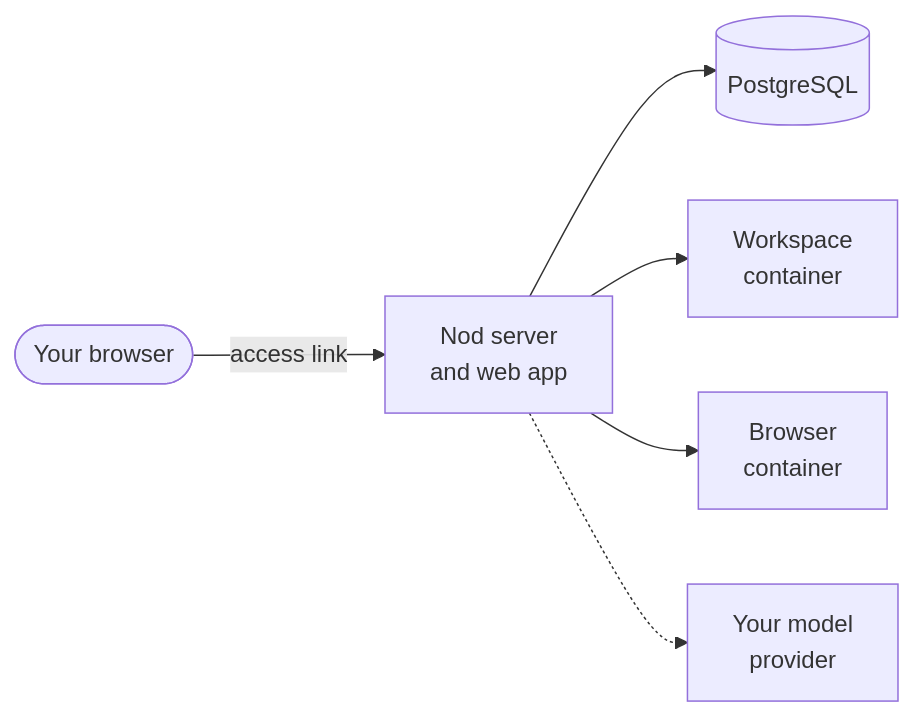
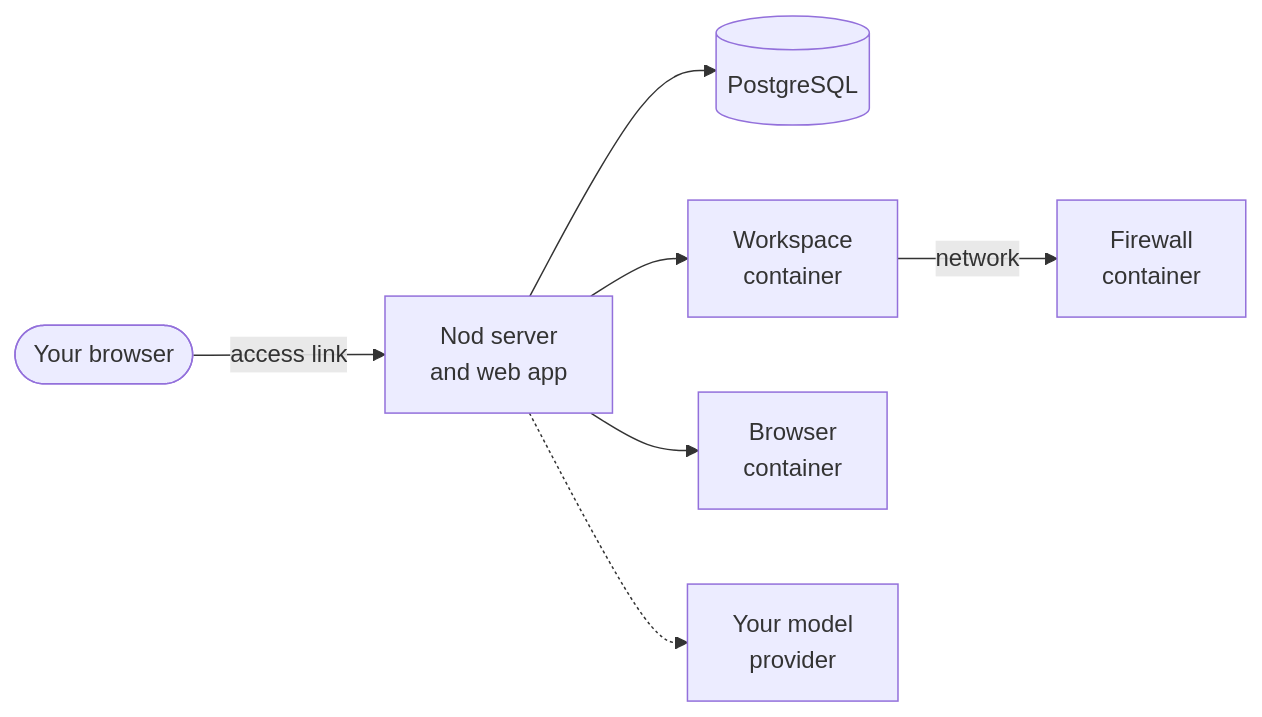
Before and after one commit to KrishBhimani/nod: the diagram in docs/src/content/docs/get-started/install-from-source.mdx, drawn with Mermaid. The commit also changed other lines of this file and 1 other file, not shown here.

````diff
--- a/docs/src/content/docs/get-started/install-from-source.mdx
+++ b/docs/src/content/docs/get-started/install-from-source.mdx
@@ -28,8 +28,9 @@
 ```mermaid
 flowchart LR
   you([Your browser]):::accent -- access link --> server[Nod server<br/>and web app]:::accent
   server --> db[(PostgreSQL)]
   server --> ws[Workspace<br/>container]
+  ws -- network --> fw[Firewall<br/>container]
   server --> br[Browser<br/>container]
   server -.-> model[Your model<br/>provider]:::muted
 ```
````
